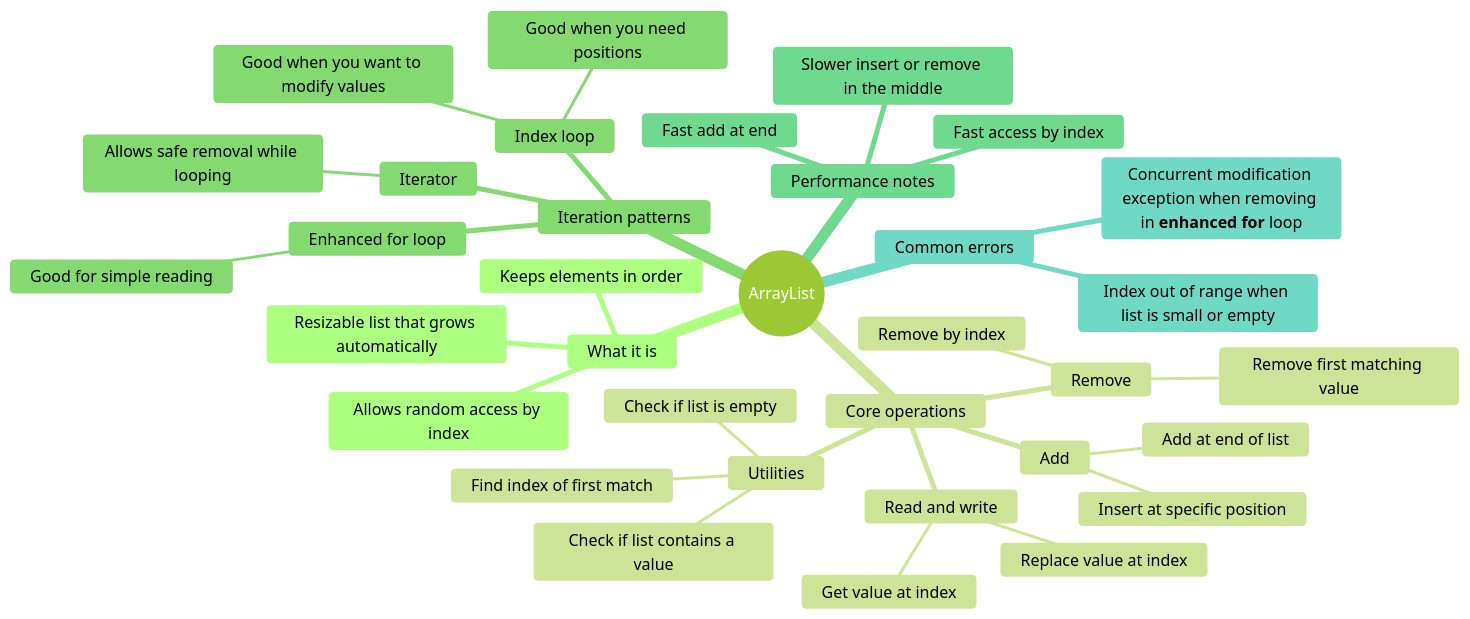
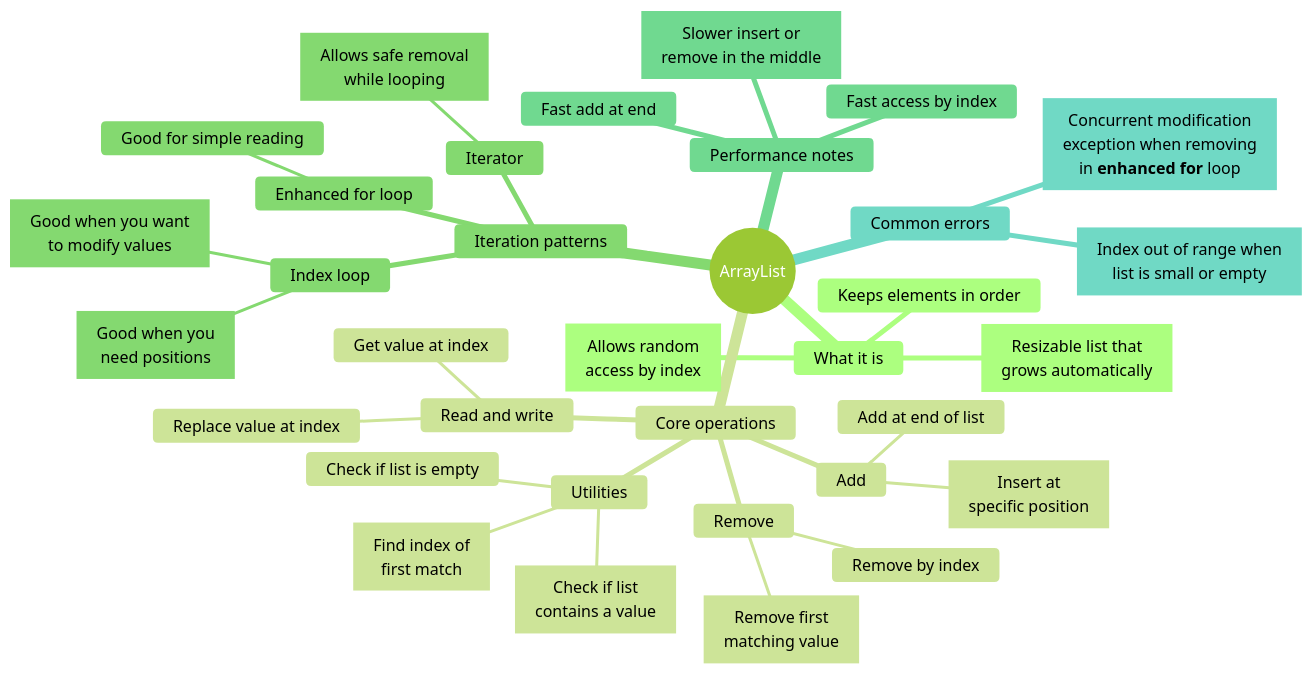
Before and after one commit to nmcguinness/L8-OOP-Module-Content: the sixth of 10 diagrams in notes/shared/mind maps/revision_t00_t09.md, drawn with Mermaid. The commit also changed other lines of this file and 421 other files, not shown here.

Commit message:
Updated mermaid diagrams and note layout for topics 9-24.

````diff
--- a/notes/shared/mind maps/revision_t00_t09.md
+++ b/notes/shared/mind maps/revision_t00_t09.md
@@ -697,46 +856,59 @@
 ```mermaid
 ---
 title: "ArrayList"
 accDescr: "Mind map of ArrayList. Branches: What it is; Core operations; Iteration patterns; Performance notes; Common errors."
 ---
-%%{init: { "theme": "forest" }}%%
+%%{init: { "theme": "forest", "markdownAutoWrap": false, "mindmap": { "maxNodeWidth": 300 } }}%%
 mindmap
   root((ArrayList))
     What it is
-      Resizable list that grows automatically
+      n1["`Resizable list that
+      grows automatically`"]
       Keeps elements in order
-      Allows random access by index
+      n2["`Allows random
+      access by index`"]
 
     Core operations
       Add
         Add at end of list
-        Insert at specific position
+        n3["`Insert at
+        specific position`"]
       Remove
         Remove by index
-        Remove first matching value
+        n4["`Remove first
+        matching value`"]
       Read and write
         Get value at index
         Replace value at index
       Utilities
-        Check if list contains a value
+        n5["`Check if list
+        contains a value`"]
         Check if list is empty
-        Find index of first match
+        n6["`Find index of
+        first match`"]
 
     Iteration patterns
       Index loop
-        Good when you need positions
-        Good when you want to modify values
+        n7["`Good when you
+        need positions`"]
+        n8["`Good when you want
+        to modify values`"]
       Enhanced for loop
         Good for simple reading
       Iterator
-        Allows safe removal while looping
+        n9["`Allows safe removal
+        while looping`"]
 
     Performance notes
       Fast access by index
       Fast add at end
-      Slower insert or remove in the middle
+      n10["`Slower insert or
+      remove in the middle`"]
 
     Common errors
-      Concurrent modification exception when removing in **enhanced for** loop
-      Index out of range when list is small or empty
+      n11["`Concurrent modification
+      exception when removing
+      in **enhanced for** loop`"]
+      n12["`Index out of range when
+      list is small or empty`"]
 ```
````
